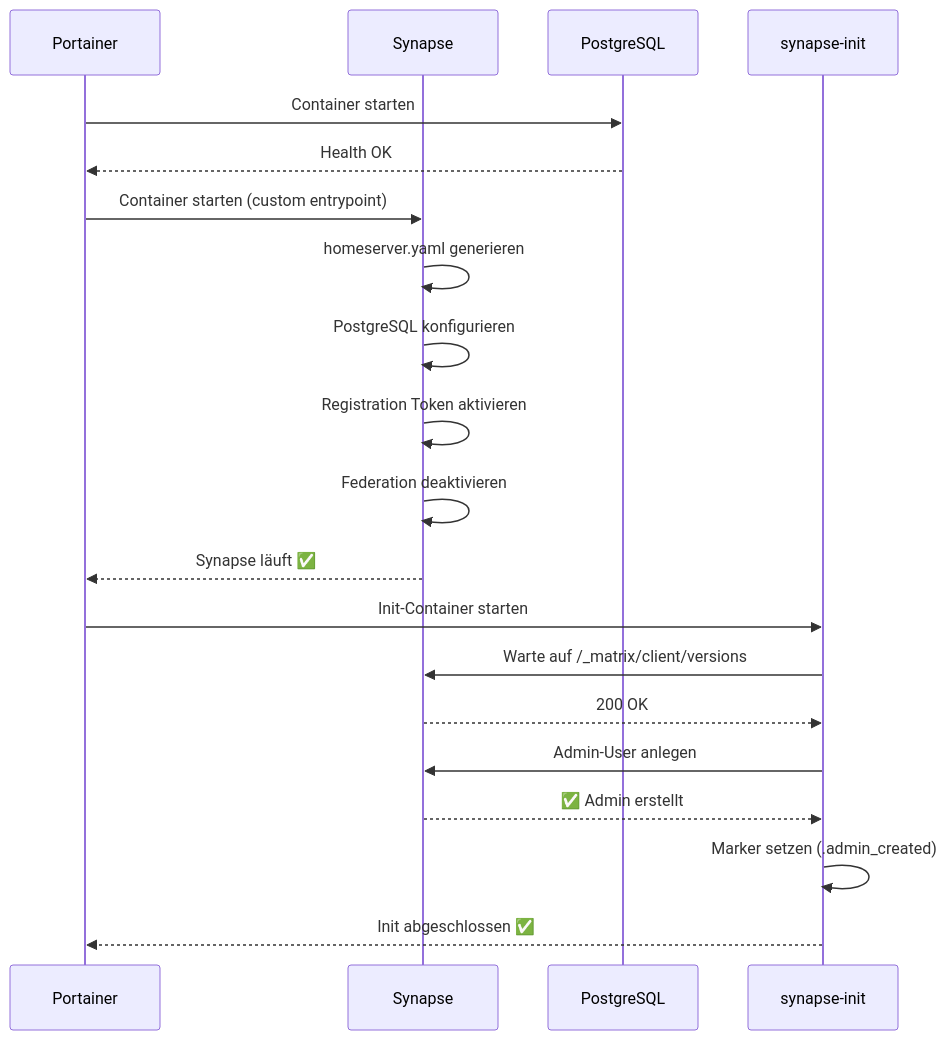
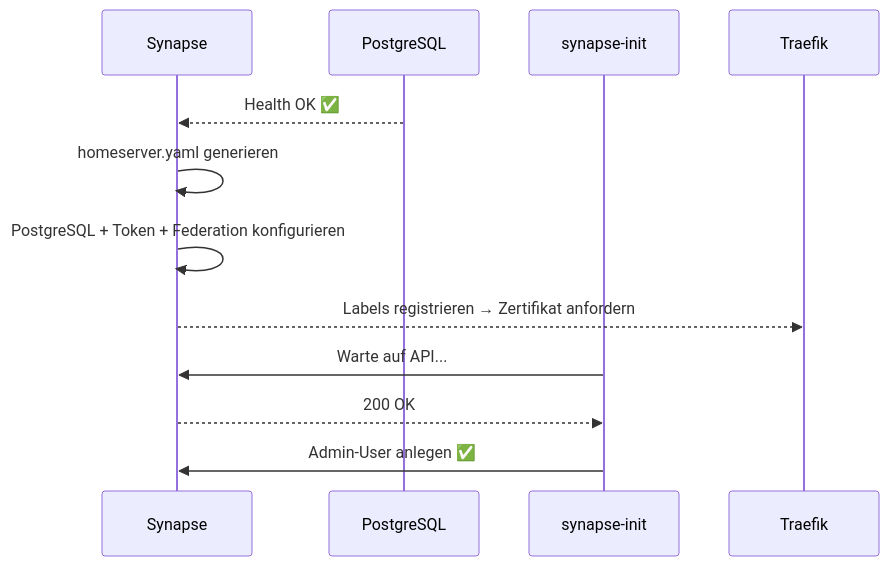
One commit to ppfeiffer63/Infrastruktur changed the fifth of 7 diagrams in docs/INSTALLATION.md. Above: the diagram before and after it, drawn with Mermaid. The commit also changed other lines of this file and 1 other file, not shown here.

Commit message:
docs: INSTALLATION.md auf Traefik aktualisiert

````diff
--- a/docs/INSTALLATION.md
+++ b/docs/INSTALLATION.md
@@ -288,23 +229,15 @@
 ```mermaid
 sequenceDiagram
-    participant P as Portainer
     participant S as Synapse
     participant DB as PostgreSQL
     participant I as synapse-init
+    participant T as Traefik
 
-    P->>DB: Container starten
-    DB-->>P: Health OK
-    P->>S: Container starten (custom entrypoint)
+    DB-->>S: Health OK ✅
     S->>S: homeserver.yaml generieren
-    S->>S: PostgreSQL konfigurieren
-    S->>S: Registration Token aktivieren
-    S->>S: Federation deaktivieren
-    S-->>P: Synapse läuft ✅
-    P->>I: Init-Container starten
-    I->>S: Warte auf /_matrix/client/versions
+    S->>S: PostgreSQL + Token + Federation konfigurieren
+    S-->>T: Labels registrieren → Zertifikat anfordern
+    I->>S: Warte auf API...
     S-->>I: 200 OK
-    I->>S: Admin-User anlegen
-    S-->>I: ✅ Admin erstellt
-    I->>I: Marker setzen (.admin_created)
-    I-->>P: Init abgeschlossen ✅
+    I->>S: Admin-User anlegen ✅
 ```
````
